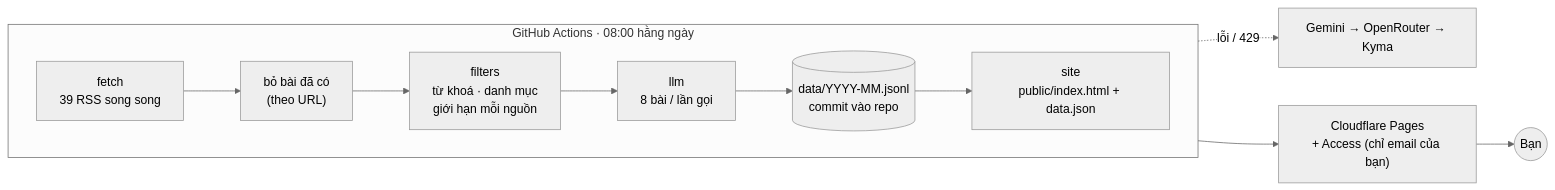
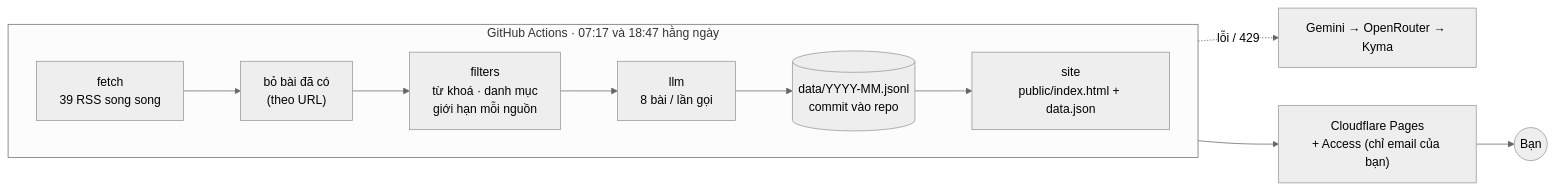
One commit to minmincute912/tech-new-agent changed the diagram in README.md. Above: the diagram before and after it, drawn with Mermaid (neutral theme). The commit also changed 2 other files, not shown here.

Commit message:
ci: run twice daily at off-peak minutes

````diff
--- a/README.md
+++ b/README.md
@@ -6,14 +6,14 @@
 ```mermaid
 flowchart LR
-    subgraph GH["GitHub Actions · 08:00 hằng ngày"]
+    subgraph GH["GitHub Actions · 07:17 và 18:47 hằng ngày"]
         direction LR
         F["fetch<br/>39 RSS song song"] --> D["bỏ bài đã có<br/>(theo URL)"]
         D --> L["filters<br/>từ khoá · danh mục<br/>giới hạn mỗi nguồn"]
         L --> A["llm<br/>8 bài / lần gọi"]
         A --> S[("data/YYYY-MM.jsonl<br/>commit vào repo")]
         S --> B["site<br/>public/index.html + data.json"]
     end
     A -. "lỗi / 429" .-> FB["Gemini → OpenRouter → Kyma"]
     B --> CF["Cloudflare Pages<br/>+ Access (chỉ email của bạn)"]
     CF --> U(("Bạn"))
 ```
````
